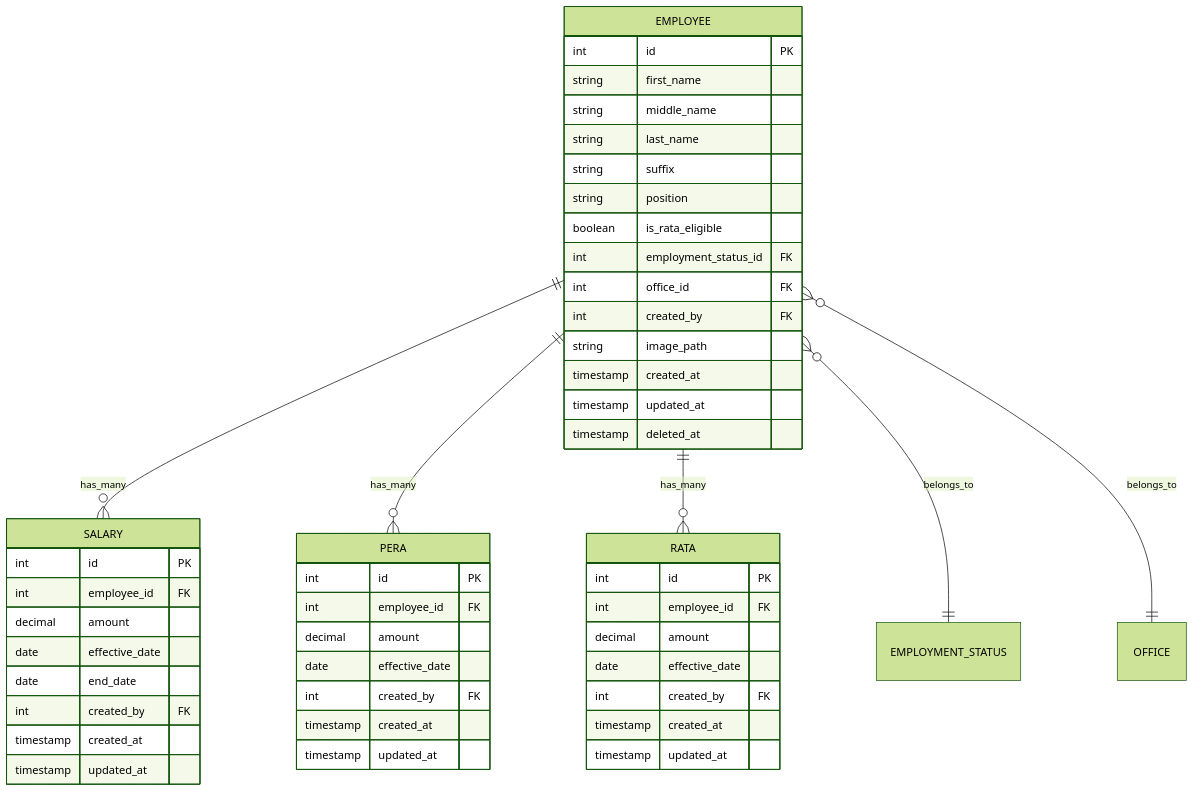
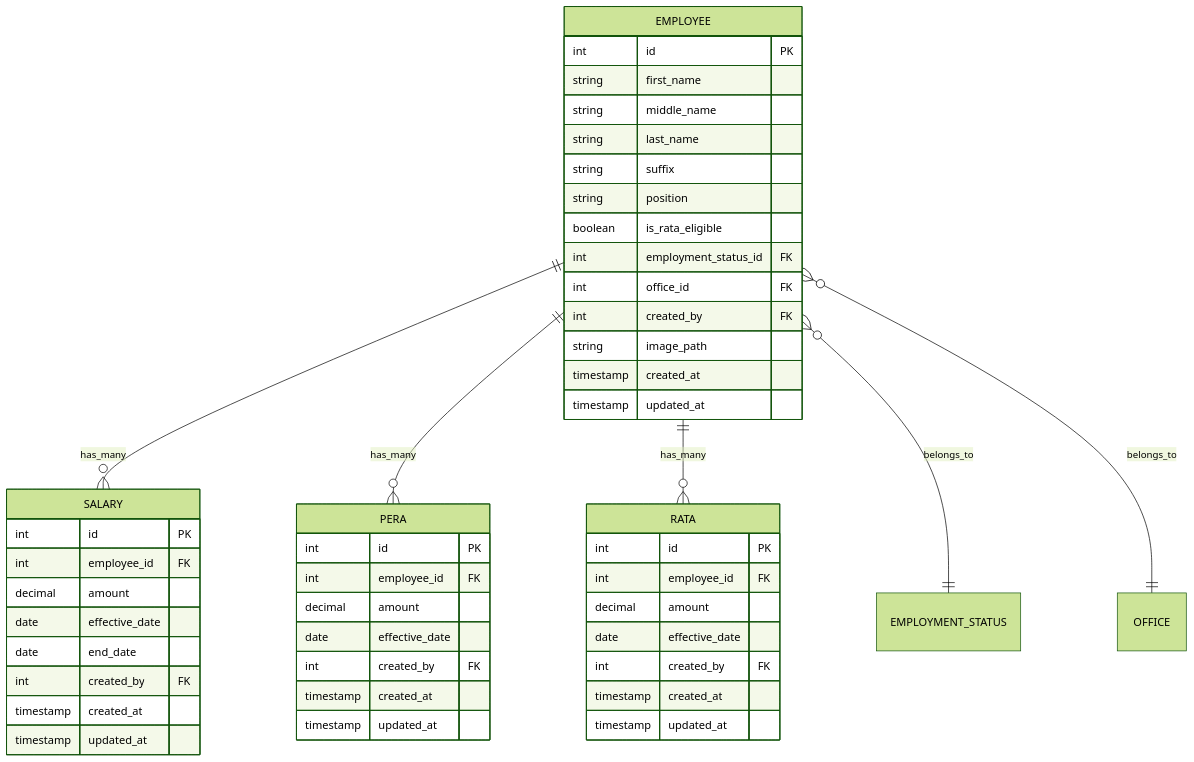
Before and after one commit to vincet0t15/template: the fifth of 6 diagrams in .qoder/repowiki/en/content/Employee Management/Employee Overview Dashboard.md, drawn with Mermaid (forest theme). The commit also changed other lines of this file and 9 other files, not shown here.

````diff
--- a/.qoder/repowiki/en/content/Employee Management/Employee Overview Dashboard.md
+++ b/.qoder/repowiki/en/content/Employee Management/Employee Overview Dashboard.md
@@ -202,52 +219,51 @@
 ```mermaid
 erDiagram
 EMPLOYEE {
 int id PK
 string first_name
 string middle_name
 string last_name
 string suffix
 string position
 boolean is_rata_eligible
 int employment_status_id FK
 int office_id FK
 int created_by FK
 string image_path
 timestamp created_at
 timestamp updated_at
-timestamp deleted_at
 }
 SALARY {
 int id PK
 int employee_id FK
 decimal amount
 date effective_date
 date end_date
 int created_by FK
 timestamp created_at
 timestamp updated_at
 }
 PERA {
 int id PK
 int employee_id FK
 decimal amount
 date effective_date
 int created_by FK
 timestamp created_at
 timestamp updated_at
 }
 RATA {
 int id PK
 int employee_id FK
 decimal amount
 date effective_date
 int created_by FK
 timestamp created_at
 timestamp updated_at
 }
 EMPLOYEE ||--o{ SALARY : has_many
 EMPLOYEE ||--o{ PERA : has_many
 EMPLOYEE ||--o{ RATA : has_many
 EMPLOYEE }o--|| EMPLOYMENT_STATUS : belongs_to
 EMPLOYEE }o--|| OFFICE : belongs_to
 ```
````
